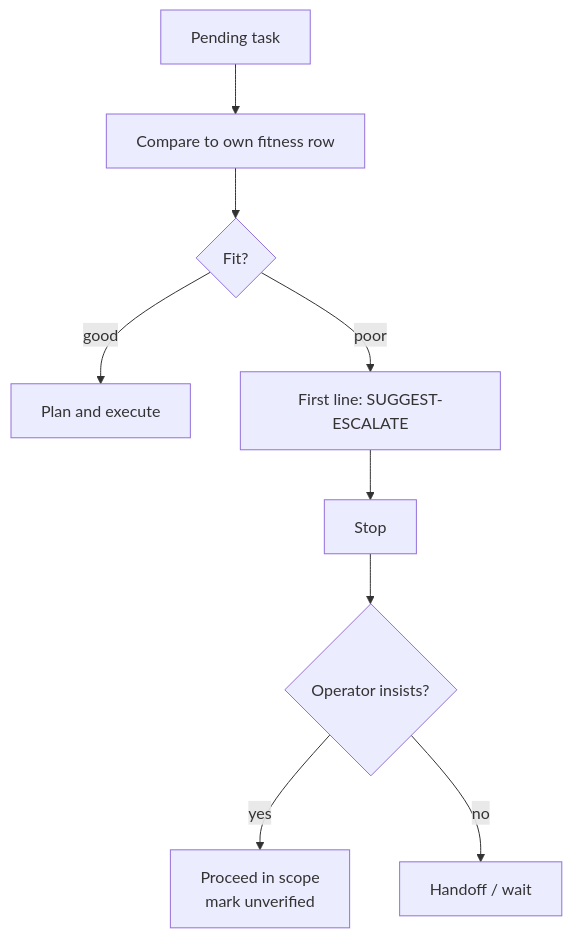
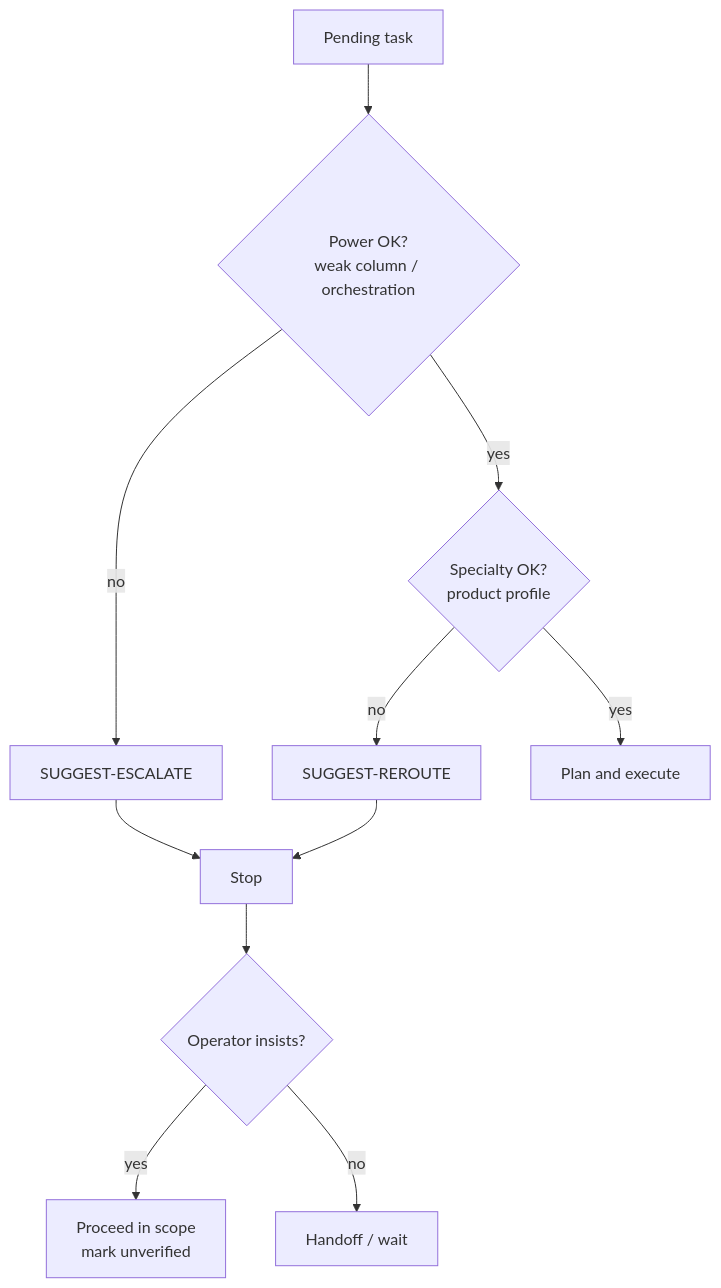
One commit to carefreeinv/anchor changed the diagram in docs/docs/model-fitness.md. Above: the diagram before and after it, drawn with Mermaid. The commit also changed other lines of this file and 20 other files, not shown here.

First line of the commit message:
Add dual-axis model fit: power escalate and specialty re-route

````diff
--- a/docs/docs/model-fitness.md
+++ b/docs/docs/model-fitness.md
@@ -16,18 +16,21 @@
 ```mermaid
 flowchart TB
   task["Pending task"]
-  row["Compare to own fitness row"]
-  fit{"Fit?"}
+  power{"Power OK?<br/>weak column / orchestration"}
+  spec{"Specialty OK?<br/>product profile"}
   go["Plan and execute"]
-  esc["First line: SUGGEST-ESCALATE"]
+  esc["SUGGEST-ESCALATE"]
+  reroute["SUGGEST-REROUTE"]
   stop["Stop"]
   insist{"Operator insists?"}
   shaky["Proceed in scope<br/>mark unverified"]
 
-  task --> row --> fit
-  fit -->|good| go
-  fit -->|poor| esc --> stop
+  task --> power
+  power -->|no| esc --> stop
+  power -->|yes| spec
+  spec -->|no| reroute --> stop
+  spec -->|yes| go
   stop --> insist
   insist -->|yes| shaky
   insist -->|no| handoff["Handoff / wait"]
 ```
````
